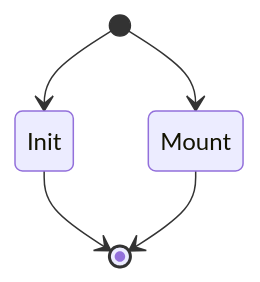
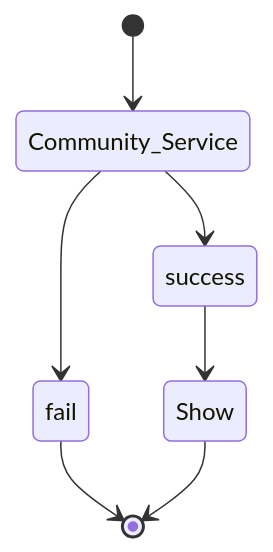
One commit to Wilfongjt/lb-A changed the diagram in README.md. Above: the diagram before and after it, drawn with Mermaid.

````diff
--- a/README.md
+++ b/README.md
@@ -4,9 +4,11 @@
 ```mermaid
 stateDiagram
-    [*] --> Init
-    [*] --> Mount
-    Init --> [*]
-    Mount --> [*]
+   
+    [*] --> Community_Service
     
-    
+    Community_Service --> success
+    Community_Service --> fail
+    fail --> [*]
+    success --> Show
+    Show --> [*]
 ```
````
